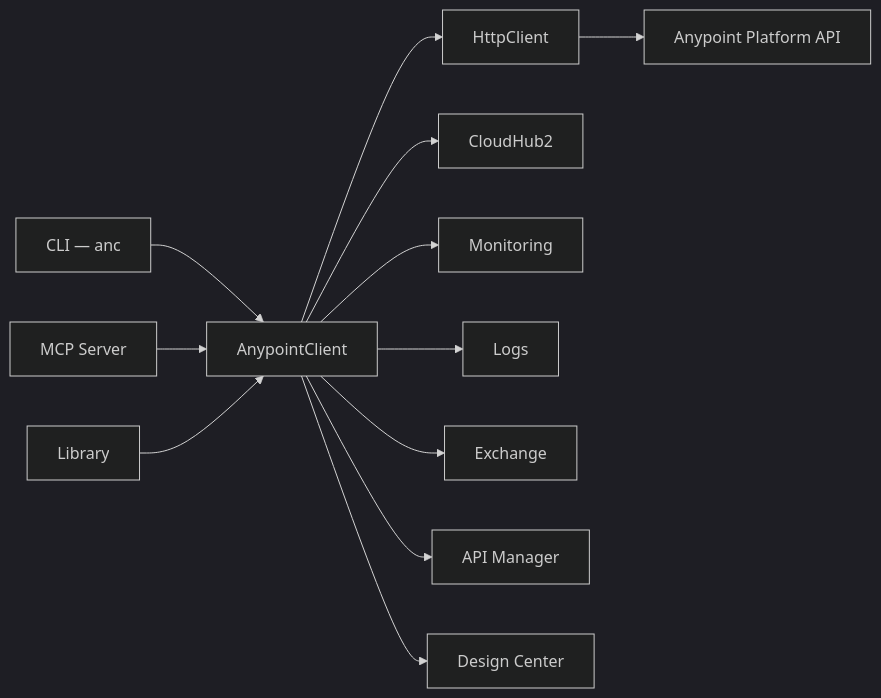
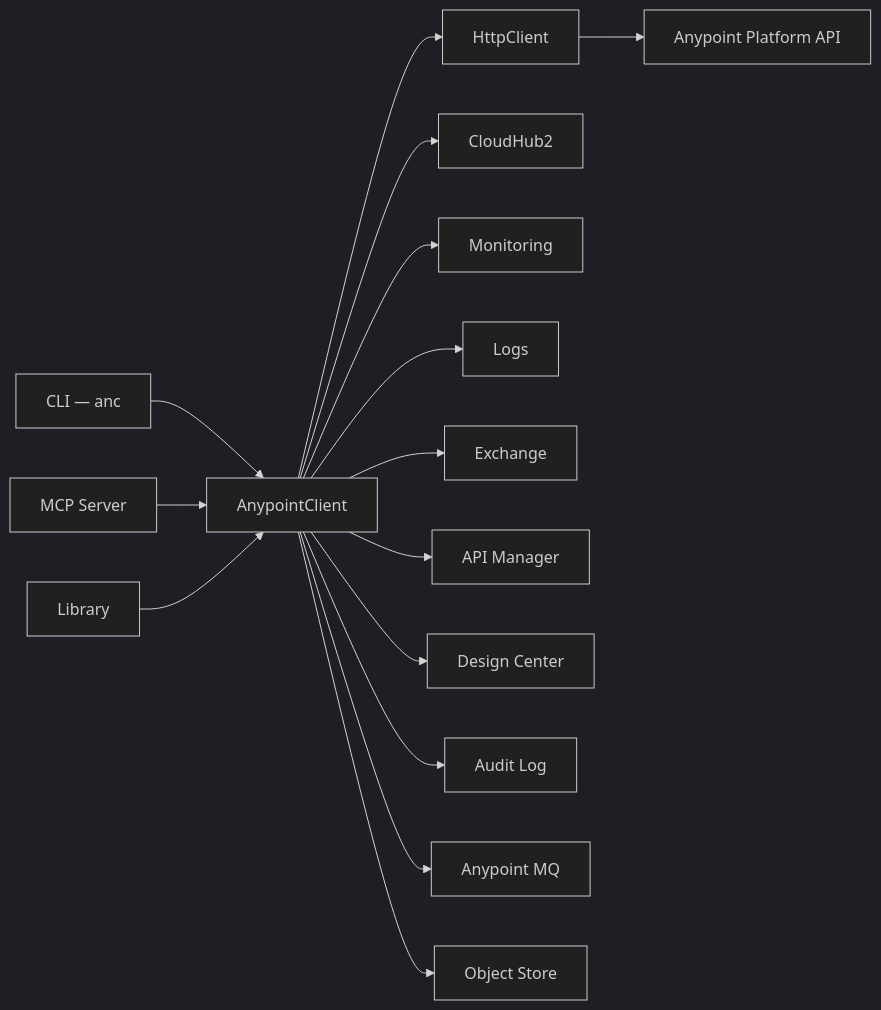
One commit to Avinava/anypoint-connect changed the diagram in README.md. Above: the diagram before and after it, drawn with Mermaid (dark theme). The commit also changed other lines of this file and 18 other files, not shown here.

First line of the commit message:
feat: add audit log, MQ, object store, entitlements, AMQL, app settings, log search

````diff
--- a/README.md
+++ b/README.md
@@ -20,16 +20,19 @@
 ```mermaid
 graph LR
     CLI["CLI — anc"] --> AC["AnypointClient"]
     MCP["MCP Server"] --> AC
     LIB["Library"] --> AC
 
     AC --> HTTP["HttpClient"]
     HTTP --> AP["Anypoint Platform API"]
 
     AC --> CH2["CloudHub2"]
     AC --> MON["Monitoring"]
     AC --> LOGS["Logs"]
     AC --> EX["Exchange"]
     AC --> APIM["API Manager"]
     AC --> DC["Design Center"]
+    AC --> AUDIT["Audit Log"]
+    AC --> MQ["Anypoint MQ"]
+    AC --> OS["Object Store"]
 ```
````
